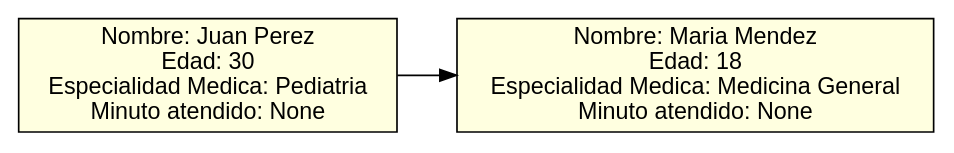
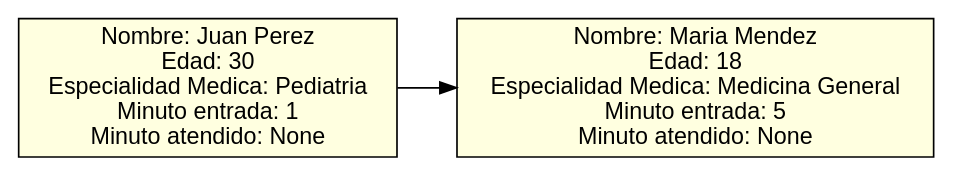
One commit to Javier-201906795/IPC2_Practica2_201906795 changed the diagram in 1_Grafica.dot. Above: the diagram before and after it, drawn with Graphviz. The commit also changed 2 other files, not shown here.

Commit message:
agregar dato minuto entrada cola

```diff
--- a/1_Grafica.dot
+++ b/1_Grafica.dot
@@ -1,13 +1,15 @@
 digraph ColaPacientes {
 graph [rankdir=LR];
 node [shape=box, style=filled, fillcolor=lightyellow, fontname="Helvetica"];
 paciente1 [label="Nombre: Juan Perez
 Edad: 30
 Especialidad Medica: Pediatria
+Minuto entrada: 1
 Minuto atendido: None"];
 paciente2 [label="Nombre: Maria Mendez
 Edad: 18
 Especialidad Medica: Medicina General
+Minuto entrada: 5
 Minuto atendido: None"];
 
 paciente1 -> paciente2;}
```
